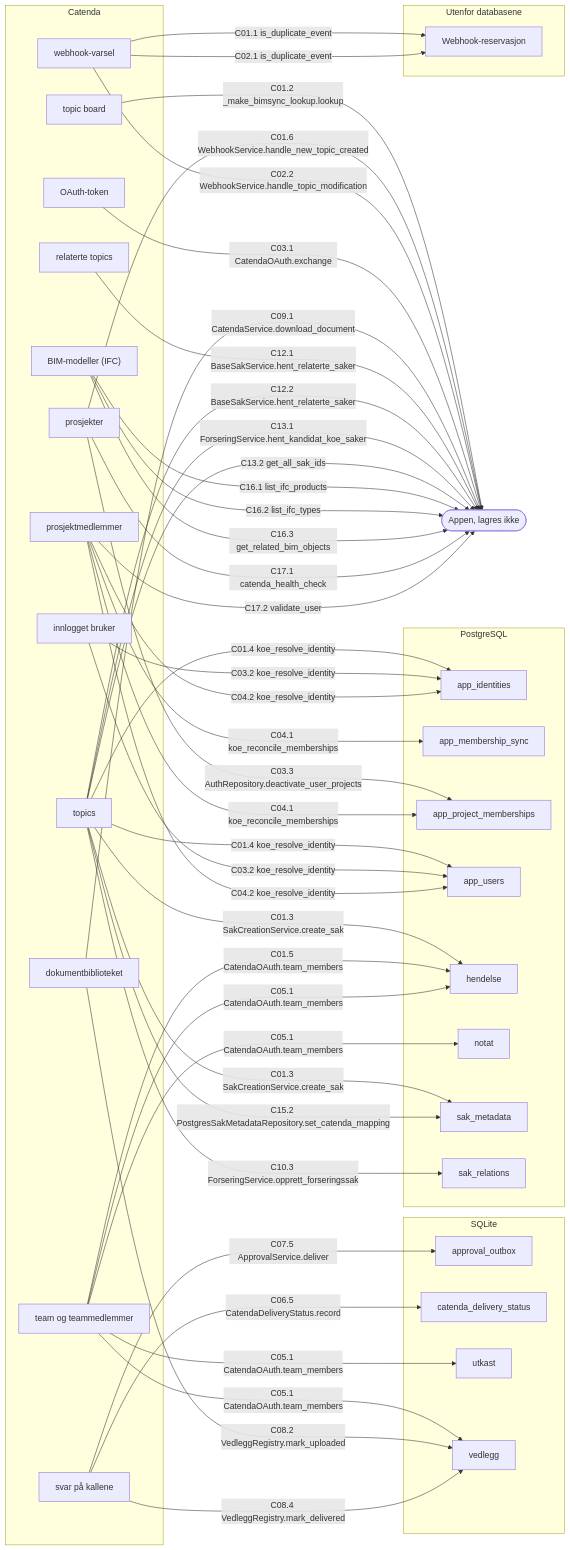
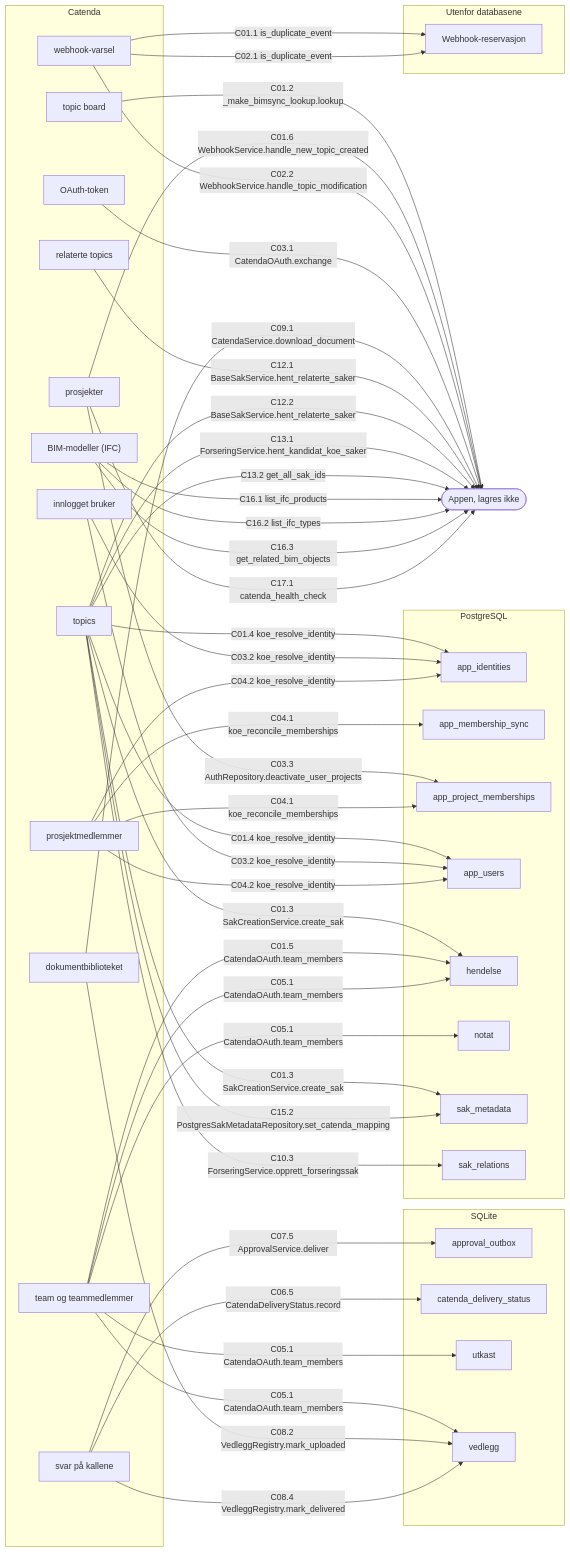
One commit to khjohns/endringsmeldinger changed the third of 5 diagrams in docs/datamodell/relasjoner.md. Above: the diagram before and after it, drawn with Mermaid. The commit also changed other lines of this file and 28 other files, not shown here.

````diff
--- a/docs/datamodell/relasjoner.md
+++ b/docs/datamodell/relasjoner.md
@@ -314,75 +314,74 @@
 ```mermaid
 flowchart LR
     subgraph g0["Catenda"]
         c_webhook["webhook-varsel"]
         c_token["OAuth-token"]
         c_bruker["innlogget bruker"]
         c_prosjekt["prosjekter"]
         c_medlemmer["prosjektmedlemmer"]
         c_team["team og teammedlemmer"]
         c_board["topic board"]
         c_topic["topics"]
         c_relasjon["relaterte topics"]
         c_dokument["dokumentbiblioteket"]
         c_ifc["BIM-modeller (IFC)"]
         c_svar["svar på kallene"]
     end
     subgraph g1["PostgreSQL"]
         t_app_identities["app_identities"]
         t_app_membership_sync["app_membership_sync"]
         t_app_project_memberships["app_project_memberships"]
         t_app_users["app_users"]
         t_hendelse["hendelse"]
         t_notat["notat"]
         t_sak_metadata["sak_metadata"]
         t_sak_relations["sak_relations"]
     end
     subgraph g2["SQLite"]
         t_approval_outbox["approval_outbox"]
         t_catenda_delivery_status["catenda_delivery_status"]
         t_utkast["utkast"]
         t_vedlegg["vedlegg"]
     end
     subgraph g3["Utenfor databasene"]
         t_Webhook_reservasjon["Webhook-reservasjon"]
     end
     t_appen(["Appen, lagres ikke"])
     c_webhook -->|"C01.1 is_duplicate_event"| t_Webhook_reservasjon
     c_board -->|"C01.2 _make_bimsync_lookup.lookup"| t_appen
     c_topic -->|"C01.3 SakCreationService.create_sak"| t_sak_metadata
     c_topic -->|"C01.3 SakCreationService.create_sak"| t_hendelse
     c_topic -->|"C01.4 koe_resolve_identity"| t_app_users
     c_topic -->|"C01.4 koe_resolve_identity"| t_app_identities
     c_team -->|"C01.5 CatendaOAuth.team_members"| t_hendelse
     c_prosjekt -->|"C01.6 WebhookService.handle_new_topic_created"| t_appen
     c_webhook -->|"C02.1 is_duplicate_event"| t_Webhook_reservasjon
     c_webhook -->|"C02.2 WebhookService.handle_topic_modification"| t_appen
     c_token -->|"C03.1 CatendaOAuth.exchange"| t_appen
     c_bruker -->|"C03.2 koe_resolve_identity"| t_app_users
     c_bruker -->|"C03.2 koe_resolve_identity"| t_app_identities
     c_prosjekt -->|"C03.3 AuthRepository.deactivate_user_projects"| t_app_project_memberships
     c_medlemmer -->|"C04.1 koe_reconcile_memberships"| t_app_project_memberships
     c_medlemmer -->|"C04.1 koe_reconcile_memberships"| t_app_membership_sync
     c_medlemmer -->|"C04.2 koe_resolve_identity"| t_app_users
     c_medlemmer -->|"C04.2 koe_resolve_identity"| t_app_identities
     c_team -->|"C05.1 CatendaOAuth.team_members"| t_hendelse
     c_team -->|"C05.1 CatendaOAuth.team_members"| t_notat
     c_team -->|"C05.1 CatendaOAuth.team_members"| t_utkast
     c_team -->|"C05.1 CatendaOAuth.team_members"| t_vedlegg
     c_svar -->|"C06.5 CatendaDeliveryStatus.record"| t_catenda_delivery_status
     c_svar -->|"C07.5 ApprovalService.deliver"| t_approval_outbox
     c_dokument -->|"C08.2 VedleggRegistry.mark_uploaded"| t_vedlegg
     c_svar -->|"C08.4 VedleggRegistry.mark_delivered"| t_vedlegg
     c_dokument -->|"C09.1 CatendaService.download_document"| t_appen
     c_topic -->|"C10.3 ForseringService.opprett_forseringssak"| t_sak_relations
     c_relasjon -->|"C12.1 BaseSakService.hent_relaterte_saker"| t_appen
     c_topic -->|"C12.2 BaseSakService.hent_relaterte_saker"| t_appen
     c_topic -->|"C13.1 ForseringService.hent_kandidat_koe_saker"| t_appen
     c_topic -->|"C13.2 get_all_sak_ids"| t_appen
     c_topic -->|"C15.2 PostgresSakMetadataRepository.set_catenda_mapping"| t_sak_metadata
     c_ifc -->|"C16.1 list_ifc_products"| t_appen
     c_ifc -->|"C16.2 list_ifc_types"| t_appen
     c_ifc -->|"C16.3 get_related_bim_objects"| t_appen
     c_prosjekt -->|"C17.1 catenda_health_check"| t_appen
-    c_medlemmer -->|"C17.2 validate_user"| t_appen
 ```
````
